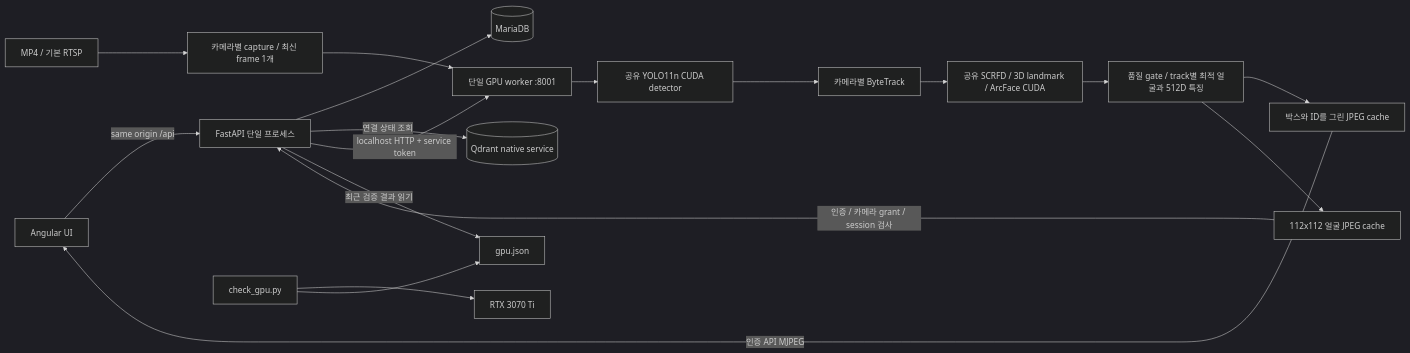
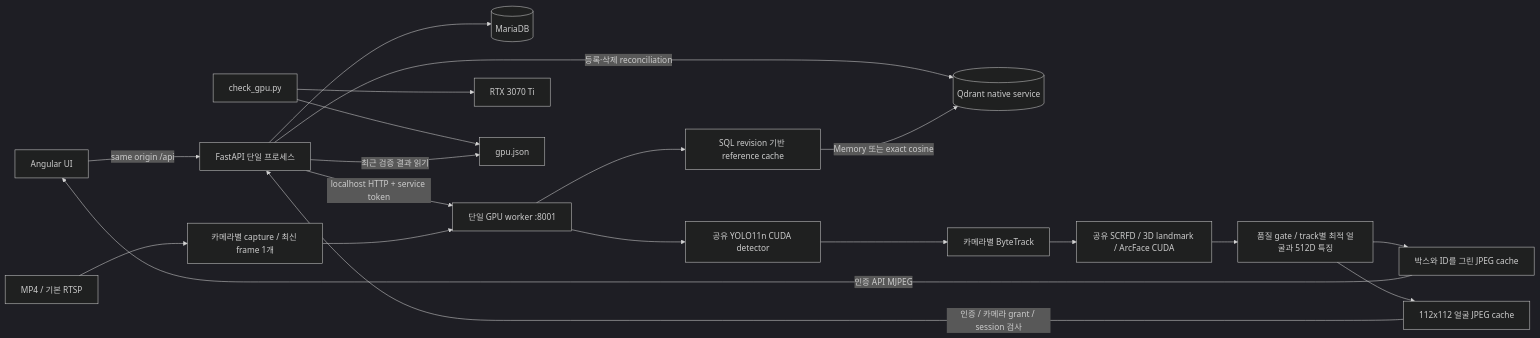
The diagram in docs/architecture.md (stackr/face-recognition), drawn with Mermaid (dark theme) before and after one commit. The commit also changed other lines of this file and 35 other files, not shown here.

Commit message:
Phase 4 target person 등록 여러 reference face face similarity search 인물/이미지 접근 제어 및 감사 기록 인물/얼굴 삭제의 DB/vector/file/cache 정리와 retention cleanup

````diff
--- a/docs/architecture.md
+++ b/docs/architecture.md
@@ -7,20 +7,22 @@
 ```mermaid
 flowchart LR
     Browser[Angular UI] -->|same origin /api| API[FastAPI 단일 프로세스]
     API --> DB[(MariaDB)]
-    API -->|연결 상태 조회| Q[(Qdrant native service)]
+    API -->|등록·삭제 reconciliation| Q[(Qdrant native service)]
+    Worker --> Gallery[SQL revision 기반 reference cache]
+    Gallery -->|Memory 또는 exact cosine| Q
     API -->|localhost HTTP + service token| Worker[단일 GPU worker :8001]
     Sources[MP4 / 기본 RTSP] --> Capture[카메라별 capture / 최신 frame 1개]
     Capture --> Worker
     Worker --> YOLO[공유 YOLO11n CUDA detector]
     YOLO --> Tracker[카메라별 ByteTrack]
     Tracker --> Faces[공유 SCRFD / 3D landmark / ArcFace CUDA]
     Faces --> Quality[품질 gate / track별 최적 얼굴과 512D 특징]
     Quality --> JPEG[박스와 ID를 그린 JPEG cache]
     Quality --> Thumbnail[112x112 얼굴 JPEG cache]
     Thumbnail -->|인증 / 카메라 grant / session 검사| API
     JPEG -->|인증 API MJPEG| Browser
     Check[check_gpu.py] --> GPU[RTX 3070 Ti]
     Check --> Report[gpu.json]
     API -->|최근 검증 결과 읽기| Report
 ```
````
